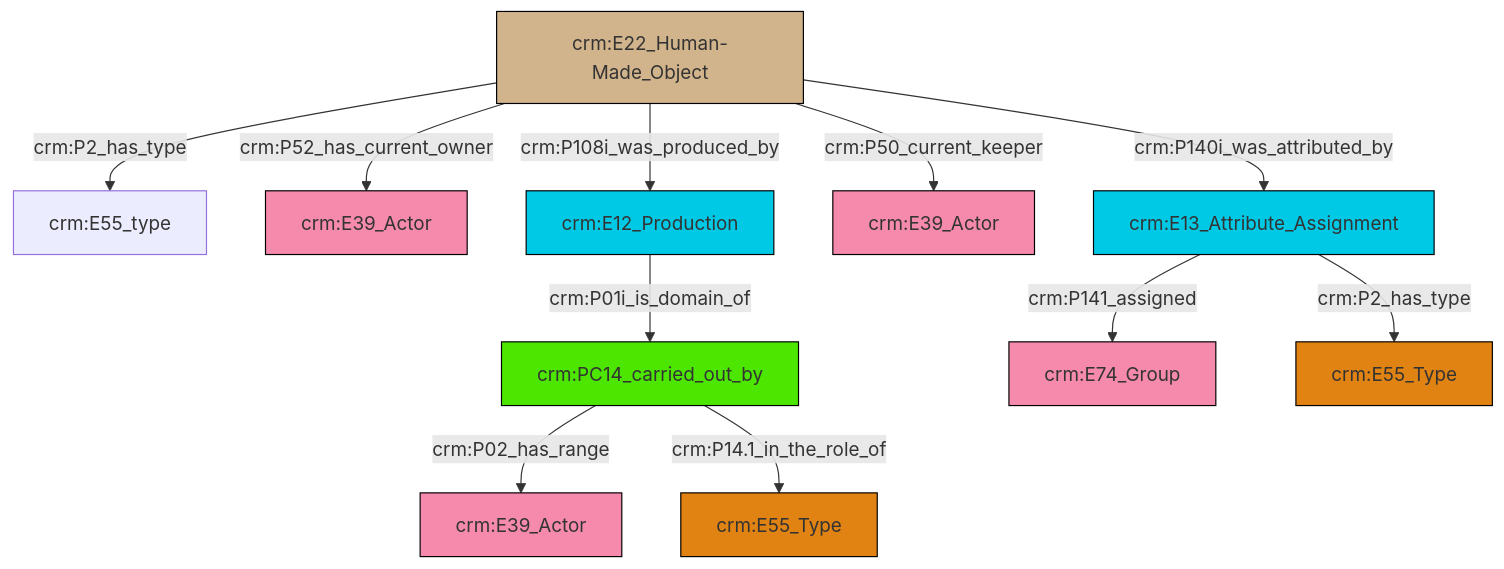
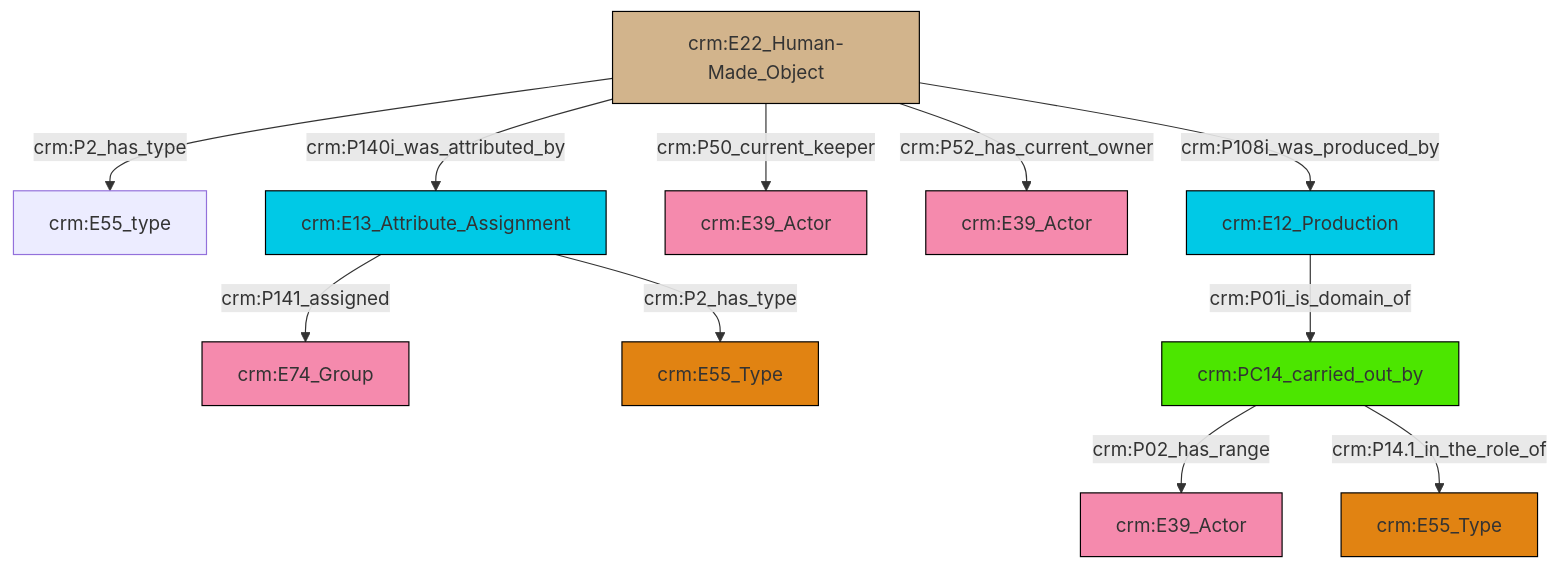
One commit to swiss-art-research-net/reference-data-models changed the diagram in et/artworkCSV/ttl/mmd/Artwork_Actor_Relations.ttl.mmd. Above: the diagram before and after it, drawn with Mermaid. The commit also changed 148 other files, not shown here.

```diff
--- a/et/artworkCSV/ttl/mmd/Artwork_Actor_Relations.ttl.mmd
+++ b/et/artworkCSV/ttl/mmd/Artwork_Actor_Relations.ttl.mmd
@@ -1,25 +1,25 @@
 graph TD
 classDef Literal fill:#f2f2f2,stroke:#000000;
 classDef CRM_Entity fill:#FFFFFF,stroke:#000000;
 classDef Temporal_Entity fill:#00C9E6, stroke:#000000;
 classDef Type fill:#E18312, stroke:#000000;
 classDef Time-Span fill:#2C9C91, stroke:#000000;
 classDef Appellation fill:#FFEB7F, stroke:#000000;
 classDef Place fill:#008836, stroke:#000000;
 classDef Persistent_Item fill:#B266B2, stroke:#000000;
 classDef Conceptual_Object fill:#FFD700, stroke:#000000;
 classDef Physical_Thing fill:#D2B48C, stroke:#000000;
 classDef Actor fill:#f58aad, stroke:#000000;
 classDef PC_Classes fill:#4ce600, stroke:#000000;
 classDef Multi fill:#cccccc,stroke:#000000;
 
 0["crm:E22_Human-Made_Object"]:::Physical_Thing -->|crm:P2_has_type| 1["crm:E55_type"]:::Default
-2["crm:PC14_carried_out_by"]:::PC_Classes -->|crm:P02_has_range| 6["crm:E39_Actor"]:::Actor
-0["crm:E22_Human-Made_Object"]:::Physical_Thing -->|crm:P140i_was_attributed_by| 9["crm:E13_Attribute_Assignment"]:::Temporal_Entity
-9["crm:E13_Attribute_Assignment"]:::Temporal_Entity -->|crm:P141_assigned| 7["crm:E74_Group"]:::Actor
-2["crm:PC14_carried_out_by"]:::PC_Classes -->|crm:P14.1_in_the_role_of| 10["crm:E55_Type"]:::Type
-0["crm:E22_Human-Made_Object"]:::Physical_Thing -->|crm:P50_current_keeper| 13["crm:E39_Actor"]:::Actor
+6["crm:E12_Production"]:::Temporal_Entity -->|crm:P01i_is_domain_of| 7["crm:PC14_carried_out_by"]:::PC_Classes
+8["crm:E13_Attribute_Assignment"]:::Temporal_Entity -->|crm:P141_assigned| 9["crm:E74_Group"]:::Actor
+0["crm:E22_Human-Made_Object"]:::Physical_Thing -->|crm:P140i_was_attributed_by| 8["crm:E13_Attribute_Assignment"]:::Temporal_Entity
+0["crm:E22_Human-Made_Object"]:::Physical_Thing -->|crm:P50_current_keeper| 10["crm:E39_Actor"]:::Actor
 0["crm:E22_Human-Made_Object"]:::Physical_Thing -->|crm:P52_has_current_owner| 4["crm:E39_Actor"]:::Actor
-16["crm:E12_Production"]:::Temporal_Entity -->|crm:P01i_is_domain_of| 2["crm:PC14_carried_out_by"]:::PC_Classes
-9["crm:E13_Attribute_Assignment"]:::Temporal_Entity -->|crm:P2_has_type| 14["crm:E55_Type"]:::Type
-0["crm:E22_Human-Made_Object"]:::Physical_Thing -->|crm:P108i_was_produced_by| 16["crm:E12_Production"]:::Temporal_Entity
+8["crm:E13_Attribute_Assignment"]:::Temporal_Entity -->|crm:P2_has_type| 2["crm:E55_Type"]:::Type
+7["crm:PC14_carried_out_by"]:::PC_Classes -->|crm:P02_has_range| 17["crm:E39_Actor"]:::Actor
+0["crm:E22_Human-Made_Object"]:::Physical_Thing -->|crm:P108i_was_produced_by| 6["crm:E12_Production"]:::Temporal_Entity
+7["crm:PC14_carried_out_by"]:::PC_Classes -->|crm:P14.1_in_the_role_of| 15["crm:E55_Type"]:::Type
```
